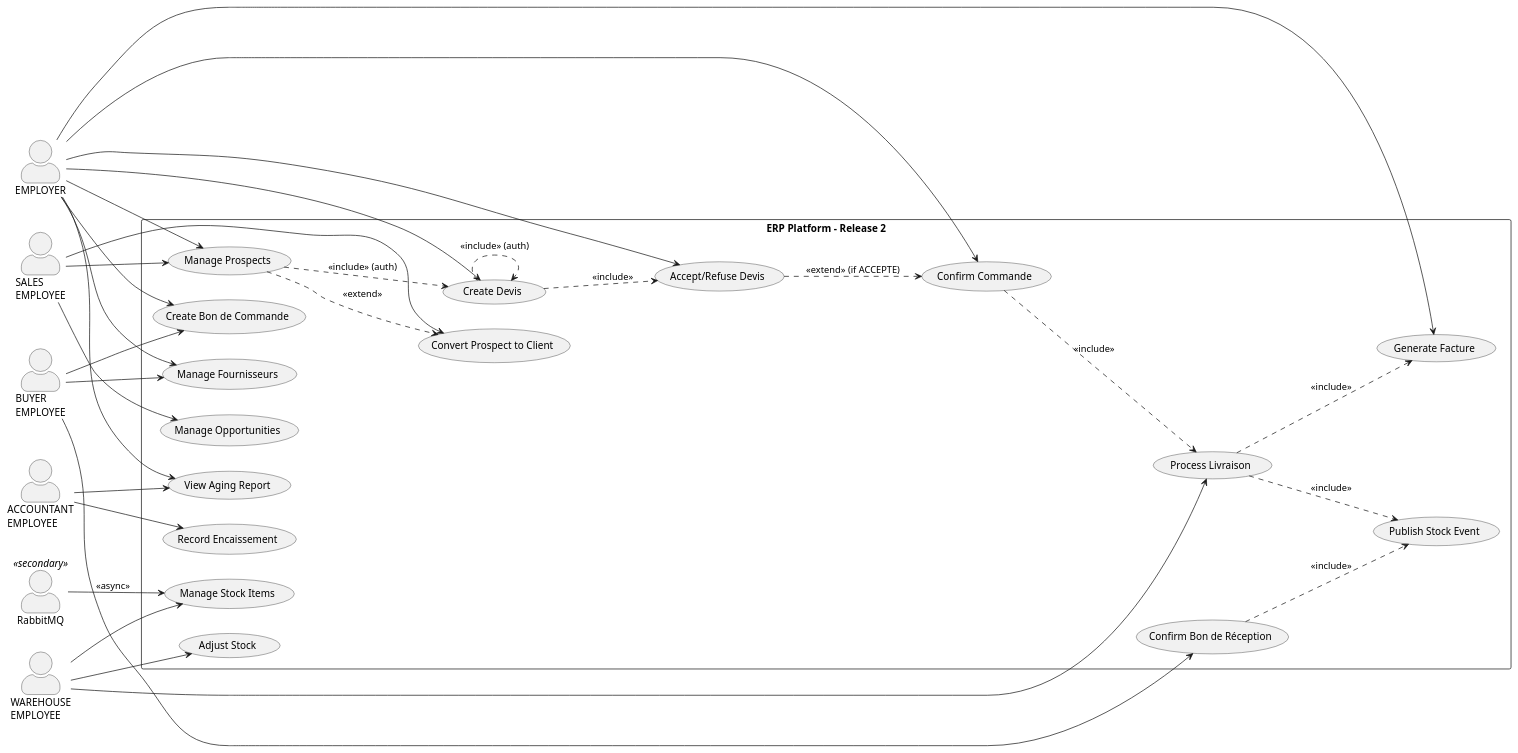
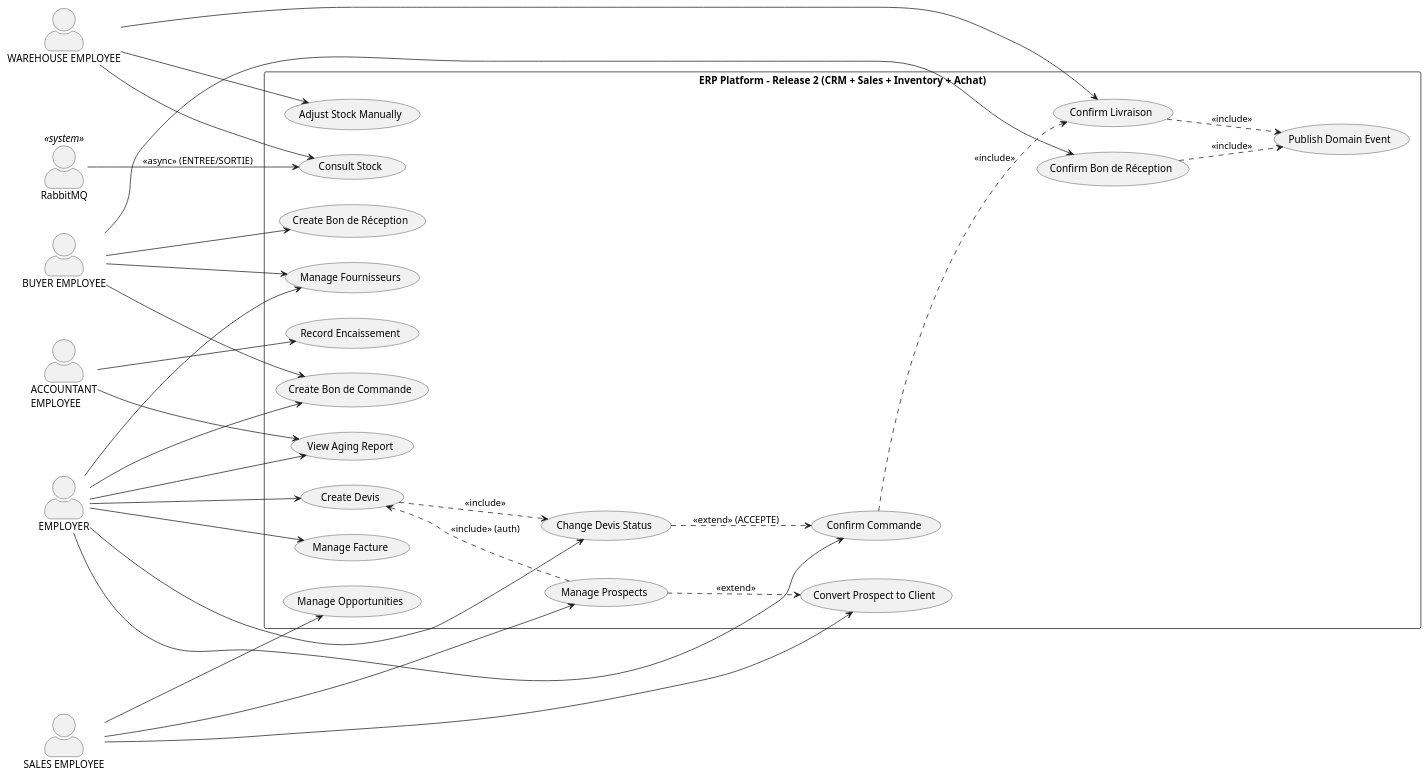
The fifth of 19 diagrams in docs/PFA_REPORT.md (MohamedTrikii/PFA_CRM_ERP_Platform), drawn with PlantUML before and after one commit. The commit also changed other lines of this file and 150 other files, not shown here.

````diff
--- a/docs/PFA_REPORT.md
+++ b/docs/PFA_REPORT.md
@@ -624,64 +472,65 @@
 ```plantuml
-@startuml Release2_UseCase
+@startuml UC_Release2
+skinparam actorStyle awesome
 left to right direction
-skinparam actorStyle awesome
 
-actor "EMPLOYER" as EM
-actor "SALES\nEMPLOYEE" as SE
-actor "WAREHOUSE\nEMPLOYEE" as WE
-actor "BUYER\nEMPLOYEE" as BE
+actor "EMPLOYER"           as EM
+actor "SALES EMPLOYEE"     as SE
+actor "WAREHOUSE EMPLOYEE" as WE
+actor "BUYER EMPLOYEE"     as BE
 actor "ACCOUNTANT\nEMPLOYEE" as AE
-actor "RabbitMQ" as MQ <<secondary>>
+actor "RabbitMQ"           as MQ  <<system>>
 
-rectangle "ERP Platform – Release 2" {
-  usecase "Manage Prospects" as UC_PROSPECT
-  usecase "Convert Prospect to Client" as UC_CONVERT
-  usecase "Manage Opportunities" as UC_OPP
-  usecase "Create Devis" as UC_DEVIS
-  usecase "Accept/Refuse Devis" as UC_DEVIS_FSM
-  usecase "Confirm Commande" as UC_COMMANDE
-  usecase "Process Livraison" as UC_LIV
-  usecase "Generate Facture" as UC_FACTURE
-  usecase "Record Encaissement" as UC_PAY
-  usecase "Manage Stock Items" as UC_STOCK
-  usecase "Adjust Stock" as UC_ADJUST
-  usecase "Manage Fournisseurs" as UC_FOUR
-  usecase "Create Bon de Commande" as UC_BC
-  usecase "Confirm Bon de Réception" as UC_BR
-  usecase "View Aging Report" as UC_AGING
-  usecase "Publish Stock Event" as UC_EVT
+rectangle "ERP Platform – Release 2 (CRM + Sales + Inventory + Achat)" {
+
+  usecase "Manage Prospects"              as UC_PROSP
+  usecase "Convert Prospect to Client"    as UC_CONV
+  usecase "Manage Opportunities"          as UC_OPP
+  usecase "Create Devis"                  as UC_DEVIS
+  usecase "Change Devis Status"           as UC_DEVIS_FSM
+  usecase "Confirm Commande"              as UC_CMD
+  usecase "Confirm Livraison"             as UC_LIV
+  usecase "Manage Facture"                as UC_FACT
+  usecase "Record Encaissement"           as UC_ENC
+  usecase "Consult Stock"                 as UC_STOCK
+  usecase "Adjust Stock Manually"         as UC_ADJ
+  usecase "Manage Fournisseurs"           as UC_FOUR
+  usecase "Create Bon de Commande"        as UC_BC
+  usecase "Create Bon de Réception"       as UC_BR
+  usecase "Confirm Bon de Réception"      as UC_BR_CONF
+  usecase "View Aging Report"             as UC_AGING
+  usecase "Publish Domain Event"          as UC_EVT
+
 }
 
-EM --> UC_PROSPECT
 EM --> UC_DEVIS
 EM --> UC_DEVIS_FSM
-EM --> UC_COMMANDE
-EM --> UC_FACTURE
+EM --> UC_CMD
+EM --> UC_FACT
 EM --> UC_FOUR
 EM --> UC_BC
 EM --> UC_AGING
-SE --> UC_PROSPECT
+SE --> UC_PROSP
 SE --> UC_OPP
-SE --> UC_CONVERT
+SE --> UC_CONV
 WE --> UC_STOCK
-WE --> UC_ADJUST
+WE --> UC_ADJ
 WE --> UC_LIV
 BE --> UC_FOUR
 BE --> UC_BC
 BE --> UC_BR
-AE --> UC_PAY
+BE --> UC_BR_CONF
+AE --> UC_ENC
 AE --> UC_AGING
 
-UC_DEVIS ..> UC_DEVIS_FSM : <<include>>
-UC_DEVIS_FSM ..> UC_COMMANDE : <<extend>> (if ACCEPTE)
-UC_COMMANDE ..> UC_LIV : <<include>>
-UC_LIV ..> UC_FACTURE : <<include>>
-UC_LIV ..> UC_EVT : <<include>>
-UC_BR ..> UC_EVT : <<include>>
-MQ --> UC_STOCK : <<async>>
-UC_PROSPECT ..> UC_CONVERT : <<extend>>
+UC_PROSP       .up.> UC_DEVIS     : <<include>> (auth)
+UC_DEVIS       ..>  UC_DEVIS_FSM  : <<include>>
+UC_DEVIS_FSM   .down.> UC_CMD     : <<extend>> (ACCEPTE)
+UC_CMD         .down.> UC_LIV     : <<include>>
+UC_LIV         ..> UC_EVT         : <<include>>
+UC_BR_CONF     ..> UC_EVT         : <<include>>
+MQ             --> UC_STOCK       : <<async>> (ENTREE/SORTIE)
+UC_PROSP       ..> UC_CONV        : <<extend>>
 
-UC_PROSPECT ..> UC_DEVIS : <<include>> (auth)
-UC_DEVIS ..> UC_DEVIS : <<include>> (auth)
 @enduml
 ```
````
